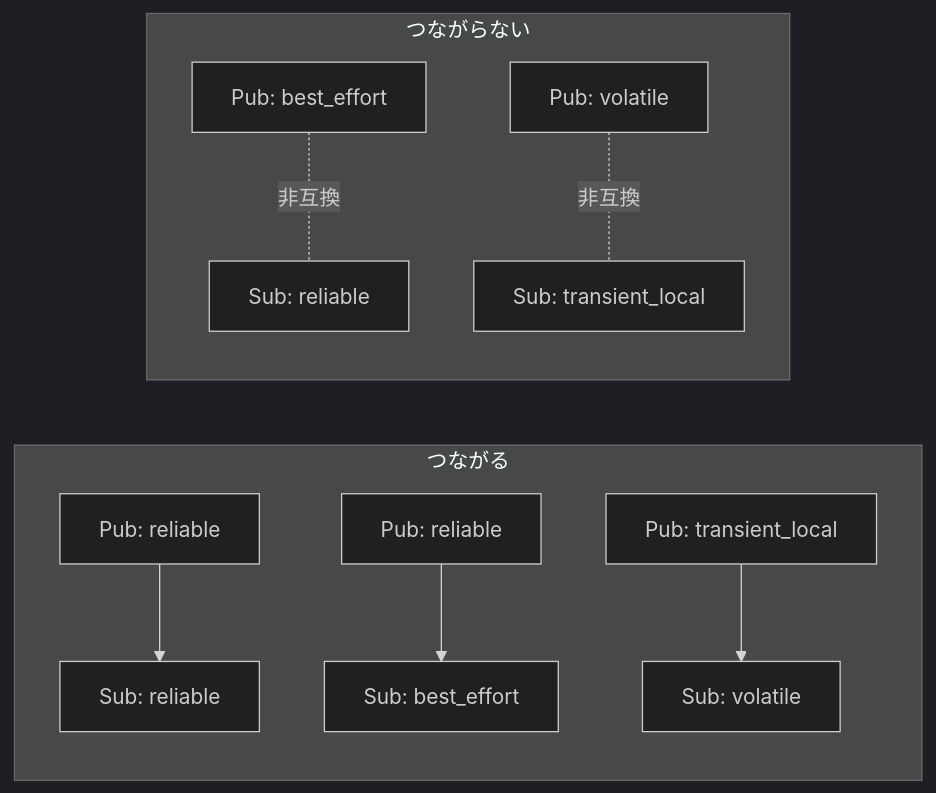
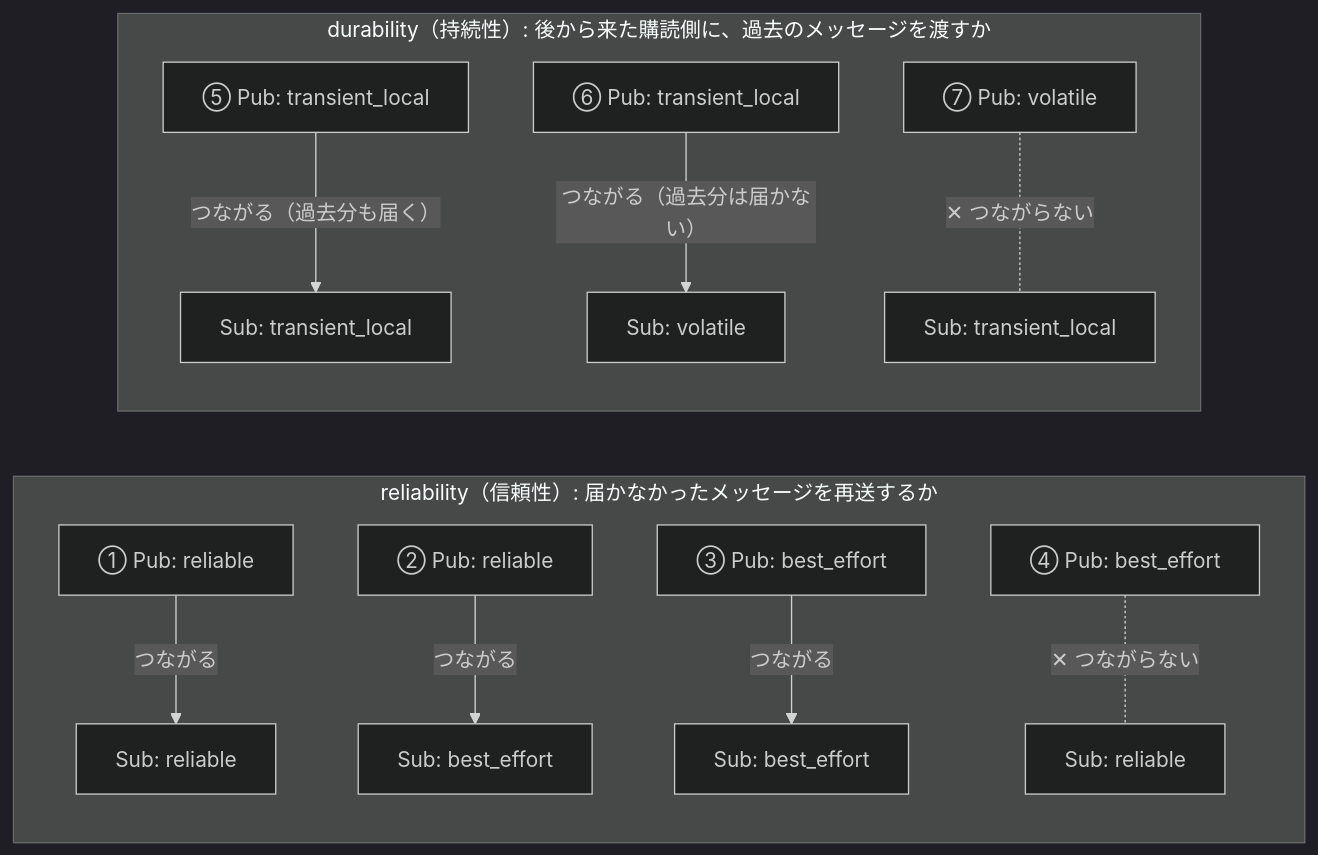
One commit to SanghunIm1991/ros2MinimalPhysicalAi changed the diagram in docs/phase3_2b_qos.md. Above: the diagram before and after it, drawn with Mermaid (dark theme). The commit also changed other lines of this file and 2 other files, not shown here.

Commit message:
[claude] フェーズ3-2bのQoSの図を、reliabilityとdurabilityの区分と①〜⑦の番号で作り直す

````diff
--- a/docs/phase3_2b_qos.md
+++ b/docs/phase3_2b_qos.md
@@ -41,12 +41,14 @@
 ```mermaid
 flowchart LR
-    subgraph OK["つながる"]
-        A1["Pub: reliable"] --> B1["Sub: reliable"]
-        A2["Pub: reliable"] --> B2["Sub: best_effort"]
-        A3["Pub: transient_local"] --> B3["Sub: volatile"]
+    subgraph REL["reliability（信頼性）: 届かなかったメッセージを再送するか"]
+        P1["① Pub: reliable"] -- つながる --> S1["Sub: reliable"]
+        P2["② Pub: reliable"] -- つながる --> S2["Sub: best_effort"]
+        P3["③ Pub: best_effort"] -- つながる --> S3["Sub: best_effort"]
+        P4["④ Pub: best_effort"] -. ✕ つながらない .- S4["Sub: reliable"]
     end
-    subgraph NG["つながらない"]
-        A4["Pub: best_effort"] -. 非互換 .- B4["Sub: reliable"]
-        A5["Pub: volatile"] -. 非互換 .- B5["Sub: transient_local"]
+    subgraph DUR["durability（持続性）: 後から来た購読側に、過去のメッセージを渡すか"]
+        P5["⑤ Pub: transient_local"] -- つながる（過去分も届く） --> S5["Sub: transient_local"]
+        P6["⑥ Pub: transient_local"] -- つながる（過去分は届かない） --> S6["Sub: volatile"]
+        P7["⑦ Pub: volatile"] -. ✕ つながらない .- S7["Sub: transient_local"]
     end
 ```
````
